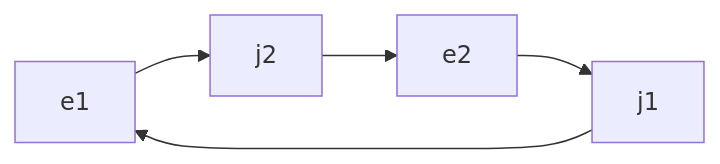
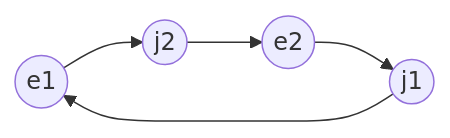
Before and after one commit to lwcarani/matching-algorithms: the diagram in README.md, drawn with Mermaid.

````diff
--- a/README.md
+++ b/README.md
@@ -72,7 +72,7 @@
 ```mermaid
 graph LR
-    e1-->j2;
-    j2-->e2;
-    e2-->j1;
-    j1-->e1;
+    ide1((e<sub>1</sub>))-->idj2((j2));
+    idj2((j2))-->ide2((e2));
+    ide2((e2))-->idj1((j1));
+    idj1((j1))-->ide1((e1));
 ```
````
